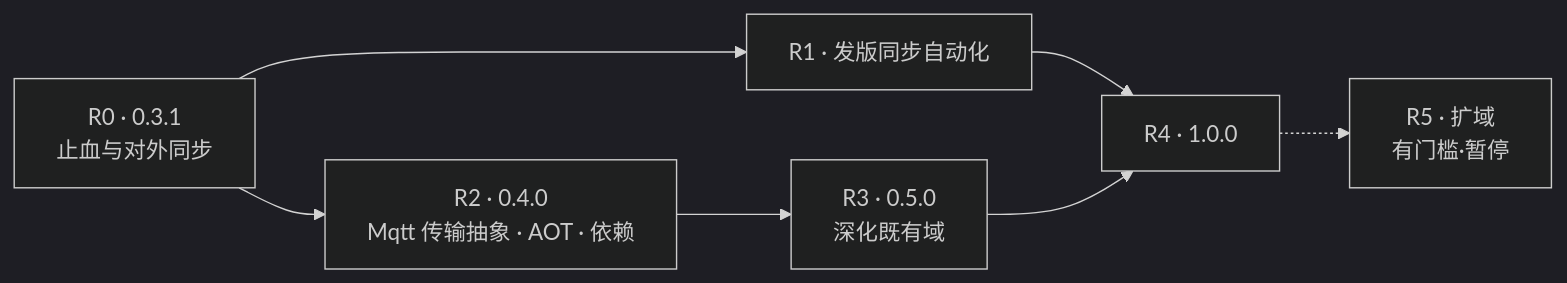
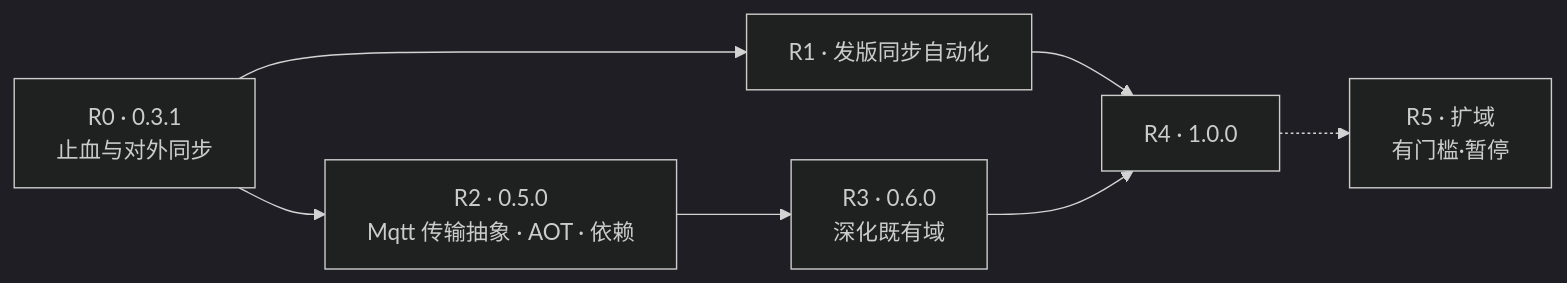
Before and after one commit to Skymly/Observables: the diagram in docs/ROADMAP.md, drawn with Mermaid (dark theme). The commit also changed other lines of this file and 1 other file, not shown here.

````diff
--- a/docs/ROADMAP.md
+++ b/docs/ROADMAP.md
@@ -28,9 +28,9 @@
 ```mermaid
 graph LR
     R0[R0 · 0.3.1<br/>止血与对外同步] --> R1[R1 · 发版同步自动化]
-    R0 --> R2[R2 · 0.4.0<br/>Mqtt 传输抽象 · AOT · 依赖]
-    R2 --> R3[R3 · 0.5.0<br/>深化既有域]
+    R0 --> R2[R2 · 0.5.0<br/>Mqtt 传输抽象 · AOT · 依赖]
+    R2 --> R3[R3 · 0.6.0<br/>深化既有域]
     R1 --> R4[R4 · 1.0.0]
     R3 --> R4
     R4 -.-> R5[R5 · 扩域<br/>有门槛·暂停]
 ```
````
